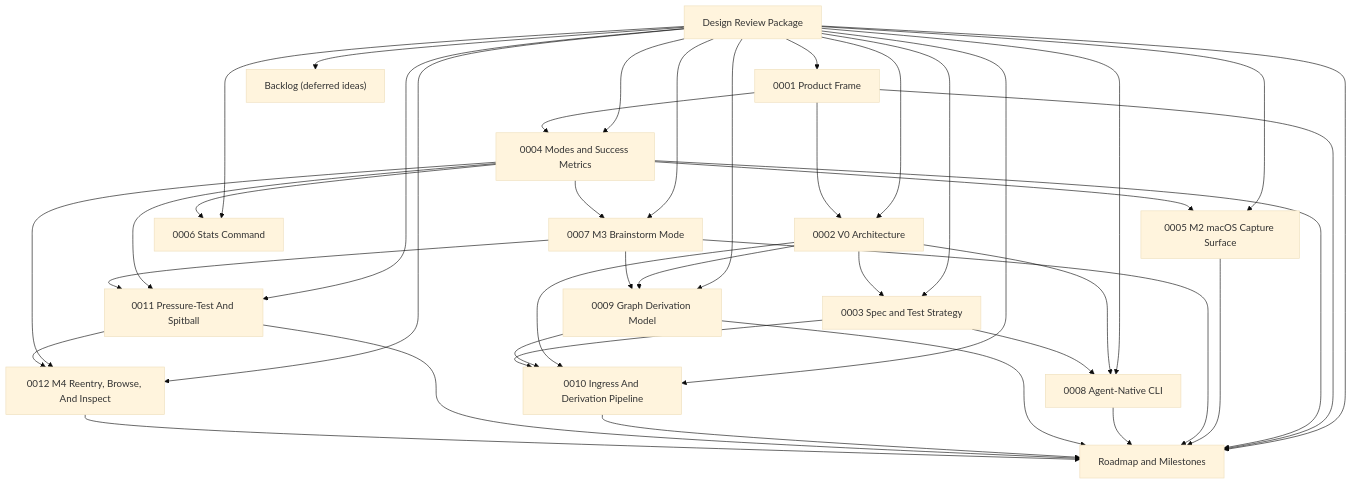
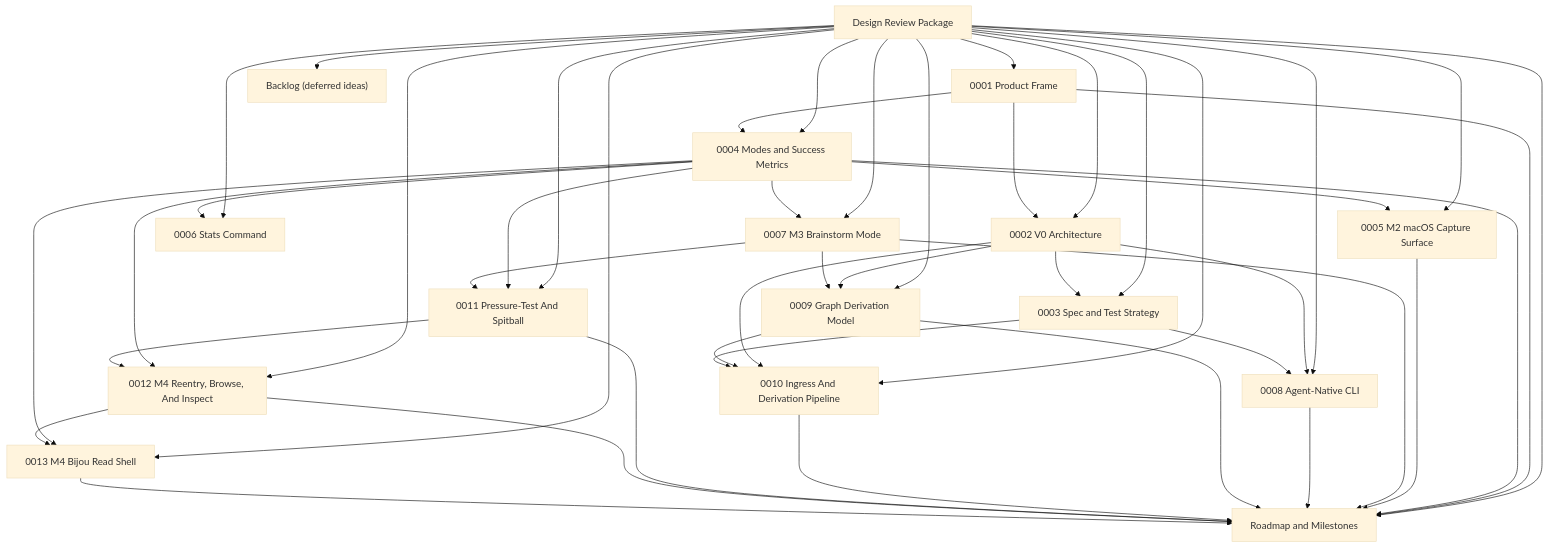
Before and after one commit to flyingrobots/think: the diagram in docs/design/README.md, drawn with Mermaid (base theme). The commit also changed other lines of this file and 3 other files, not shown here.

Commit message:
Flesh out milestone 4 read-shell design

````diff
--- a/docs/design/README.md
+++ b/docs/design/README.md
@@ -41,43 +42,47 @@
 ```mermaid
 flowchart TD
     R["Design Review Package"] --> P["0001 Product Frame"]
     R --> A["0002 V0 Architecture"]
     R --> T["0003 Spec and Test Strategy"]
     R --> M["0004 Modes and Success Metrics"]
     R --> M2["0005 M2 macOS Capture Surface"]
     R --> S["0006 Stats Command"]
     R --> B3["0007 M3 Brainstorm Mode"]
     R --> A8["0008 Agent-Native CLI"]
     R --> G9["0009 Graph Derivation Model"]
     R --> P10["0010 Ingress And Derivation Pipeline"]
     R --> P11["0011 Pressure-Test And Spitball"]
     R --> P12["0012 M4 Reentry, Browse, And Inspect"]
+    R --> P13["0013 M4 Bijou Read Shell"]
     R --> RD["Roadmap and Milestones"]
     R --> BL["Backlog (deferred ideas)"]
     P --> A
     P --> M
     A --> T
     P --> RD
     M --> RD
     M --> M2
     M --> S
     M --> B3
     A --> A8
     A --> G9
     A --> P10
     M --> P11
     M --> P12
+    M --> P13
     B3 --> G9
     B3 --> P11
     P11 --> P12
+    P12 --> P13
     G9 --> P10
     T --> A8
     T --> P10
     M2 --> RD
     B3 --> RD
     A8 --> RD
     G9 --> RD
     P10 --> RD
     P11 --> RD
     P12 --> RD
+    P13 --> RD
 ```
````
